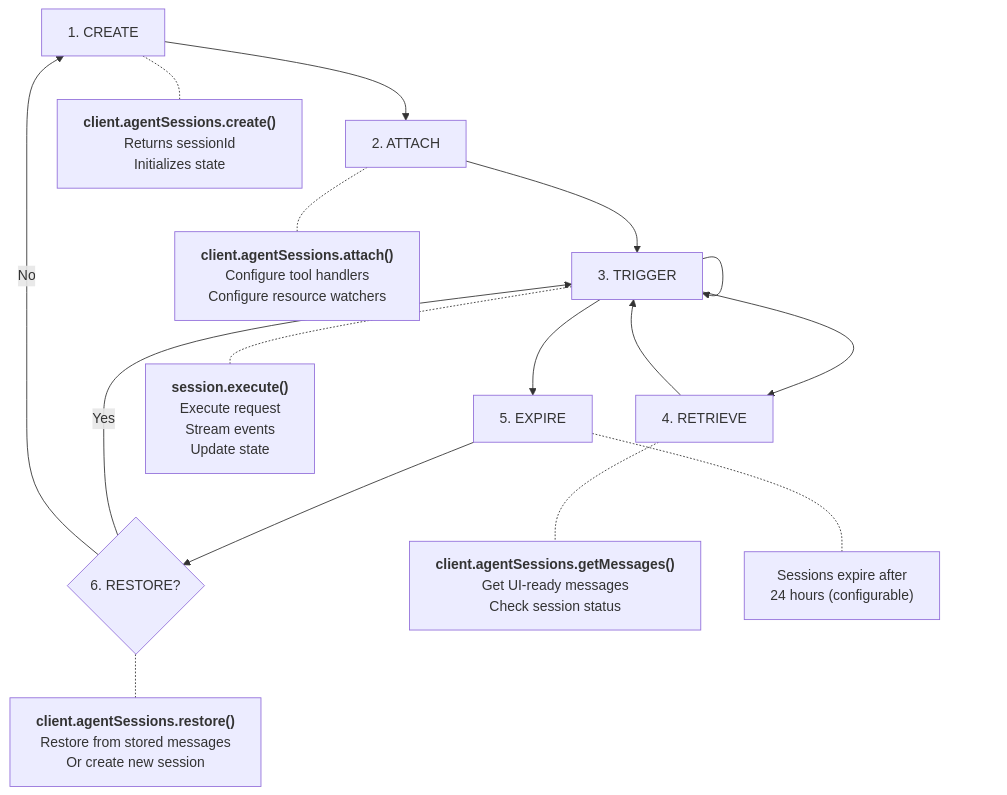
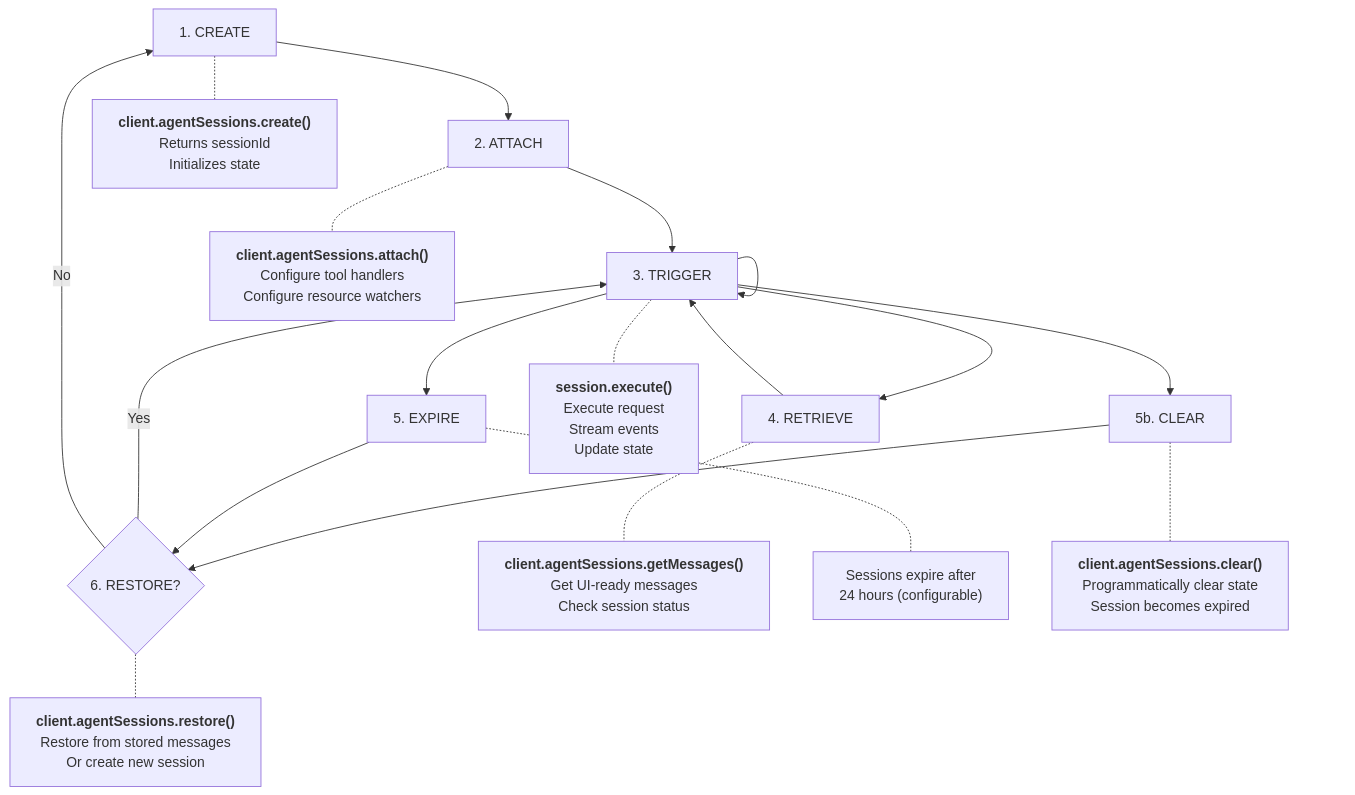
The diagram in packages/docs/content/02-server-sdk/02-sessions.md (octavus-ai/agent-sdk), drawn with Mermaid before and after one commit. The commit also changed other lines of this file and 11 other files, not shown here.

Commit message:
Add agent archive and session clear APIs (#26)

````diff
--- a/packages/docs/content/02-server-sdk/02-sessions.md
+++ b/packages/docs/content/02-server-sdk/02-sessions.md
@@ -198,36 +198,42 @@
 ```mermaid
 flowchart TD
     A[1. CREATE] --> B[2. ATTACH]
     B --> C[3. TRIGGER]
     C --> C
     C --> D[4. RETRIEVE]
     D --> C
     C --> E[5. EXPIRE]
+    C --> G[5b. CLEAR]
+    G --> F
     E --> F{6. RESTORE?}
     F -->|Yes| C
     F -->|No| A
 
     A -.- A1["`**client.agentSessions.create()**
     Returns sessionId
     Initializes state`"]
 
     B -.- B1["`**client.agentSessions.attach()**
     Configure tool handlers
     Configure resource watchers`"]
 
     C -.- C1["`**session.execute()**
     Execute request
     Stream events
     Update state`"]
 
     D -.- D1["`**client.agentSessions.getMessages()**
     Get UI-ready messages
     Check session status`"]
 
     E -.- E1["`Sessions expire after
     24 hours (configurable)`"]
 
+    G -.- G1["`**client.agentSessions.clear()**
+    Programmatically clear state
+    Session becomes expired`"]
+
     F -.- F1["`**client.agentSessions.restore()**
     Restore from stored messages
     Or create new session`"]
 ```
````
